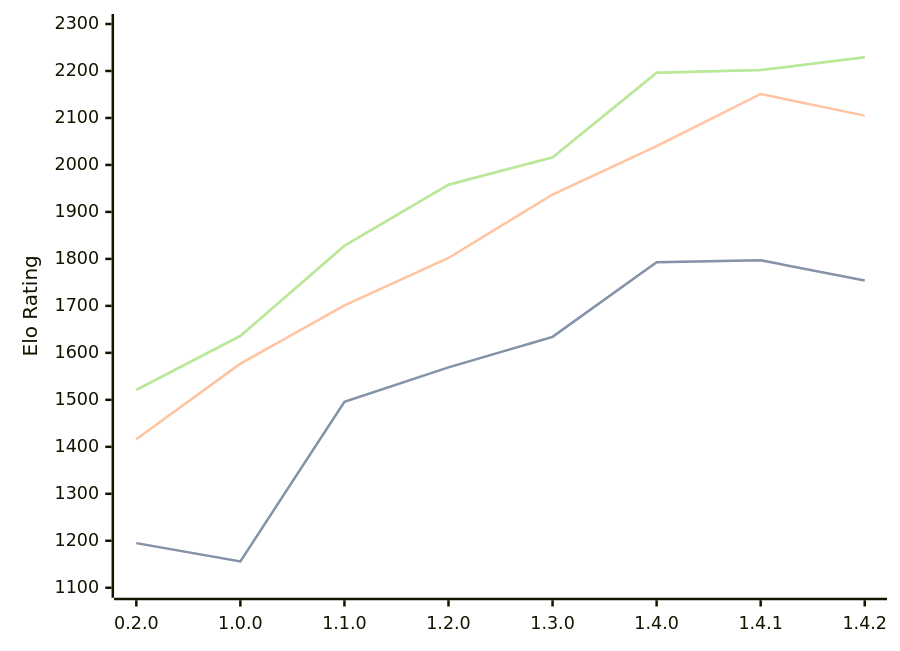
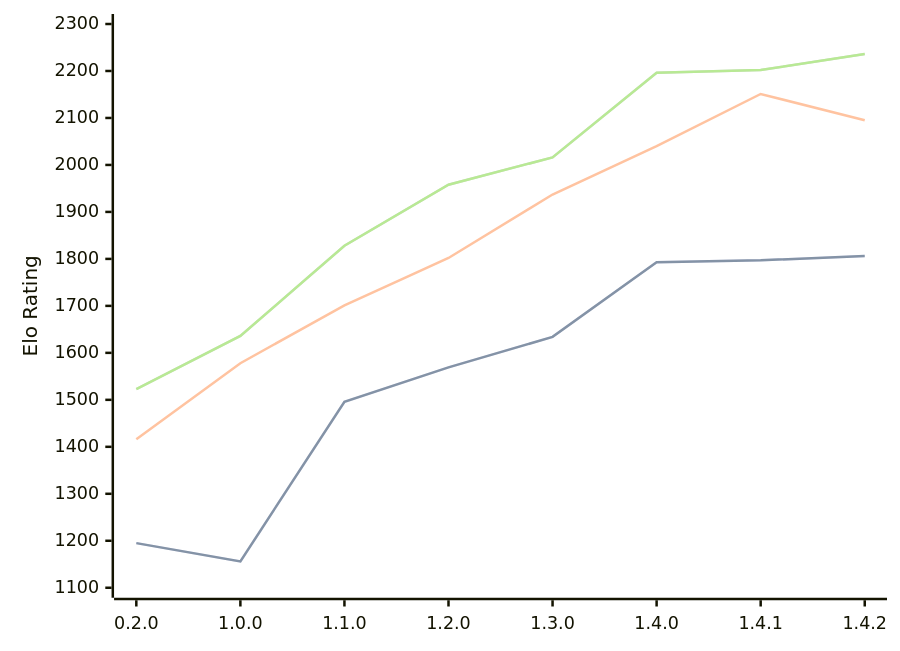
One commit to computer-chess-index/cci changed the diagram in engines/Zeppelin.md. Above: the diagram before and after it, drawn with Mermaid. The commit also changed other lines of this file, not shown here.

Commit message:
Update CCI Ratings (ELO VLTC) - 2026-03-25

````diff
--- a/engines/Zeppelin.md
+++ b/engines/Zeppelin.md
@@ -40,11 +40,11 @@
 ```mermaid
 %%{init: {"theme":"base","themeVariables":{"seriesColors:['#a3a3a3','#222221','#faa371']}}}%%
 xychart-beta
   x-axis ["0.2.0", "1.0.0", "1.1.0", "1.2.0", "1.3.0", "1.4.0", "1.4.1", "1.4.2"]
   y-axis "Elo Rating" 1100 --> 2300
-  line "STC (8.0+0.08s)" [1195, 1156, 1496, 1569, 1634, 1793, 1797, 1754]
-  line "STC (8.0+0.08s)" [1195, 1156, 1496, 1569, 1634, 1793, 1797, 1754]
-  line "LTC (60.0+0.60s)" [1416, 1577, 1701, 1802, 1937, 2040, 2151, 2105]
-  line "VLTC (2m24s+1.12s)" [1521, 1636, 1828, 1958, 2016, 2196, 2202, 2229]
-  line "VLTC (2m24s+1.12s)" [1521, 1636, 1828, 1958, 2016, 2196, 2202, 2229]
+  line "STC (8.0+0.08s)" [1195, 1156, 1496, 1569, 1634, 1793, 1797, 1806]
+  line "STC (8.0+0.08s)" [1195, 1156, 1496, 1569, 1634, 1793, 1797, 1806]
+  line "LTC (60.0+0.60s)" [1416, 1578, 1701, 1802, 1937, 2040, 2151, 2095]
+  line "VLTC (2m24s+1.12s)" [1523, 1636, 1828, 1958, 2016, 2196, 2202, 2236]
+  line "VLTC (2m24s+1.12s)" [1523, 1636, 1828, 1958, 2016, 2196, 2202, 2236]
 ```
````
